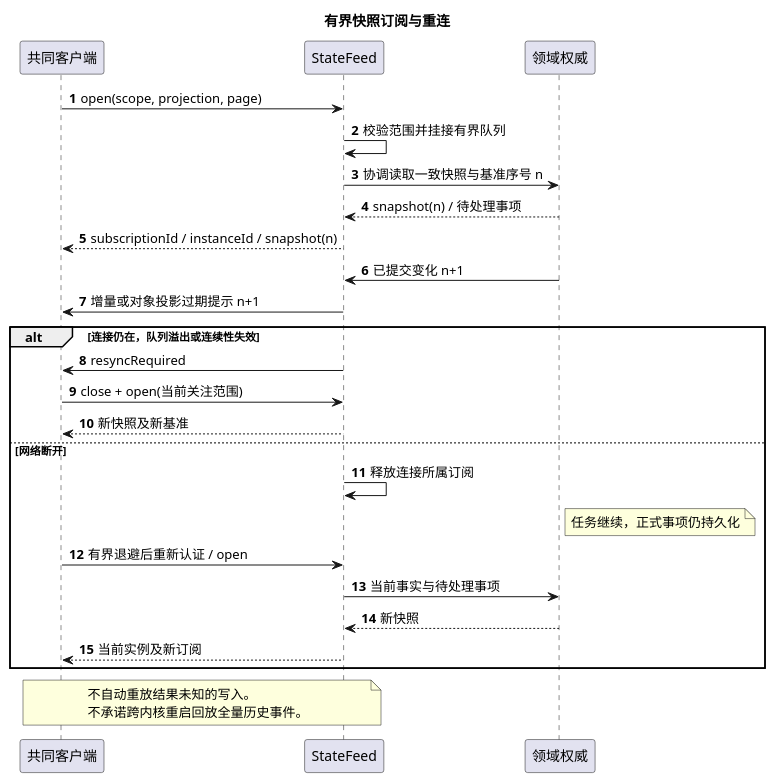
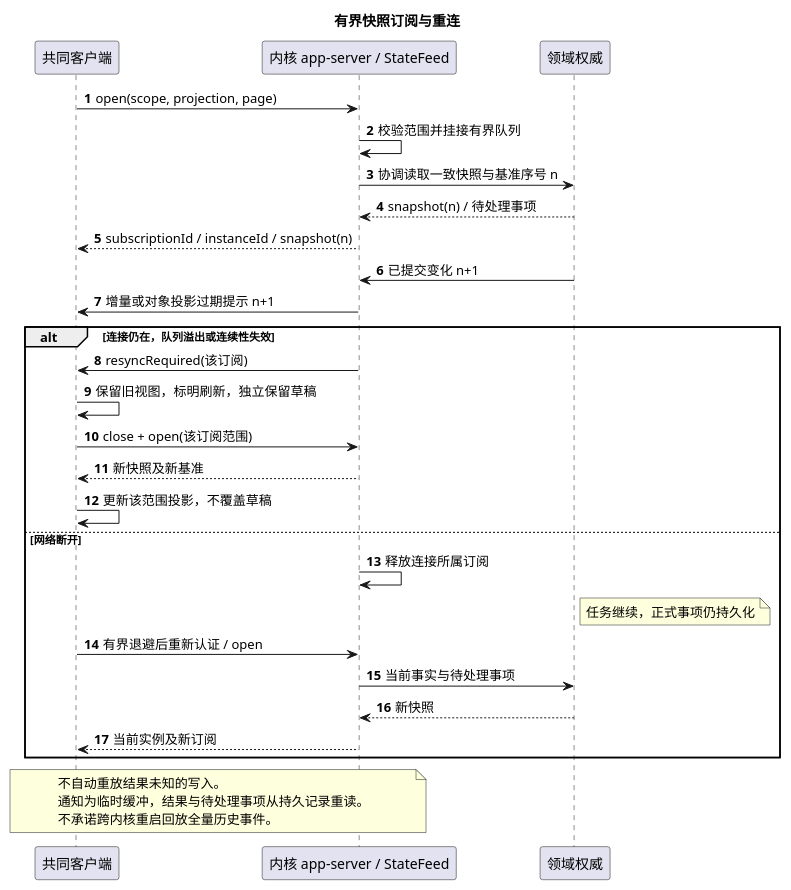
The diagram in docs/diagrams/subscription-recovery.puml (leike0813/Scholoom), drawn with PlantUML before and after one commit. The commit also changed 34 other files, not shown here.

Commit message:
plan: initial spec & implementation roadmap

```diff
--- a/docs/diagrams/subscription-recovery.puml
+++ b/docs/diagrams/subscription-recovery.puml
@@ -1,32 +1,35 @@
 @startuml
 title 有界快照订阅与重连
 skinparam defaultFontName Microsoft YaHei
 skinparam shadowing false
 autonumber
 participant "共同客户端" as Client
-participant "StateFeed" as Feed
+participant "内核 app-server / StateFeed" as Feed
 participant "领域权威" as Domain
 Client -> Feed : open(scope, projection, page)
 Feed -> Feed : 校验范围并挂接有界队列
 Feed -> Domain : 协调读取一致快照与基准序号 n
 Domain --> Feed : snapshot(n) / 待处理事项
 Feed --> Client : subscriptionId / instanceId / snapshot(n)
 Domain -> Feed : 已提交变化 n+1
 Feed -> Client : 增量或对象投影过期提示 n+1
 alt 连接仍在，队列溢出或连续性失效
-  Feed -> Client : resyncRequired
-  Client -> Feed : close + open(当前关注范围)
+  Feed -> Client : resyncRequired(该订阅)
+  Client -> Client : 保留旧视图，标明刷新，独立保留草稿
+  Client -> Feed : close + open(该订阅范围)
   Feed --> Client : 新快照及新基准
+  Client -> Client : 更新该范围投影，不覆盖草稿
 else 网络断开
   Feed -> Feed : 释放连接所属订阅
   note right of Domain : 任务继续，正式事项仍持久化
   Client -> Feed : 有界退避后重新认证 / open
   Feed -> Domain : 当前事实与待处理事项
   Domain --> Feed : 新快照
   Feed --> Client : 当前实例及新订阅
 end
 note over Client,Feed
   不自动重放结果未知的写入。
+  通知为临时缓冲，结果与待处理事项从持久记录重读。
   不承诺跨内核重启回放全量历史事件。
 end note
 @enduml
```
